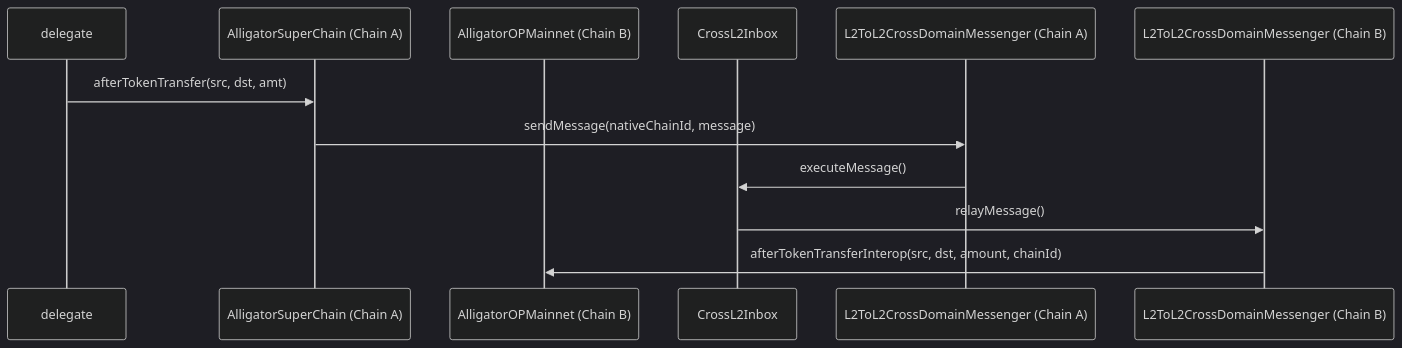
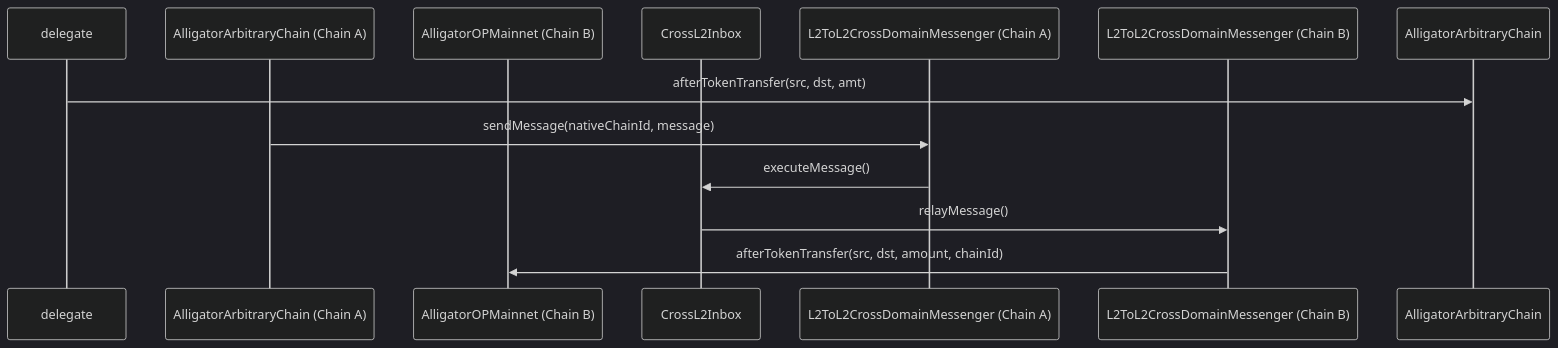
One commit to ethereum-optimism/specs changed the diagram in specs/governance/alligator-interop.md. Above: the diagram before and after it, drawn with Mermaid (dark theme). The commit also changed other lines of this file, not shown here.

Commit message:
Address comments from @tynes about naming and fold interop function into one

````diff
--- a/specs/governance/alligator-interop.md
+++ b/specs/governance/alligator-interop.md
@@ -50,15 +38,15 @@
 ```mermaid
 sequenceDiagram
   participant delegate
-  participant AlligatorSuperChain as AlligatorSuperChain (Chain A)
+  participant AlligatorSuperChain as AlligatorArbitraryChain (Chain A)
   participant AlligatorOPMainnet as AlligatorOPMainnet (Chain B)
   participant Inbox as CrossL2Inbox
   participant Messenger_A as L2ToL2CrossDomainMessenger (Chain A)
   participant Messenger_B as L2ToL2CrossDomainMessenger (Chain B)
 
-  delegate->>AlligatorSuperChain: afterTokenTransfer(src, dst, amt)
+  delegate->>AlligatorArbitraryChain: afterTokenTransfer(src, dst, amt)
   AlligatorSuperChain->>Messenger_A: sendMessage(nativeChainId, message)
   Messenger_A->>Inbox: executeMessage()
   Inbox->>Messenger_B: relayMessage()
-  Messenger_B->>AlligatorOPMainnet: afterTokenTransferInterop(src, dst, amount, chainId)
+  Messenger_B->>AlligatorOPMainnet: afterTokenTransfer(src, dst, amount, chainId)
 ```
````
